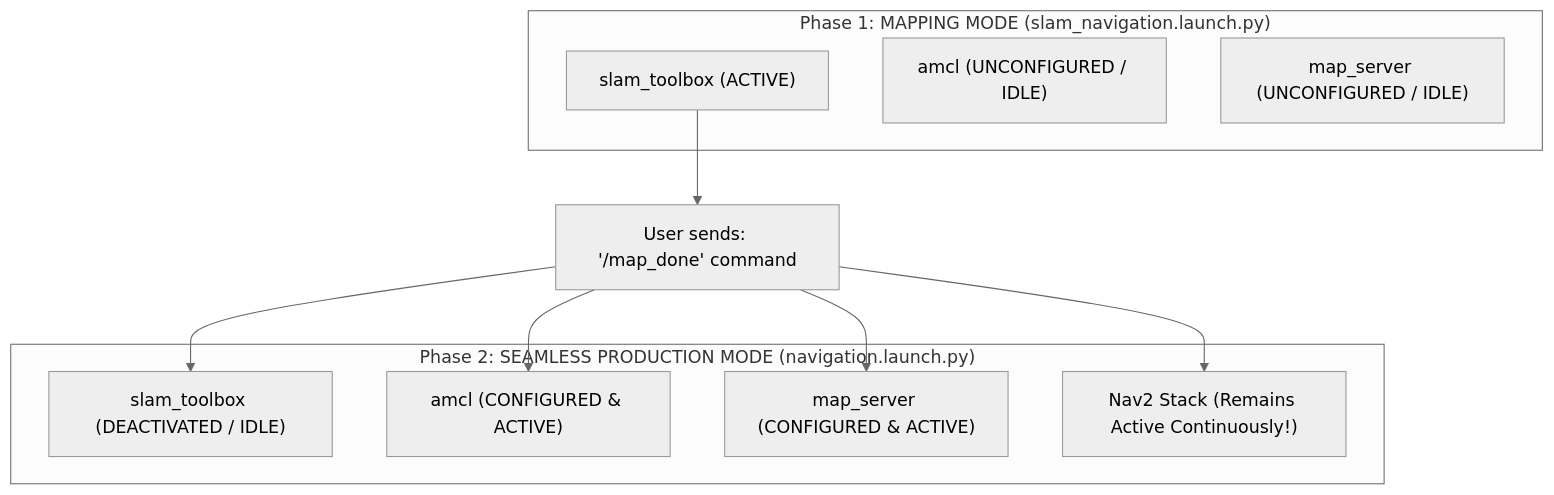
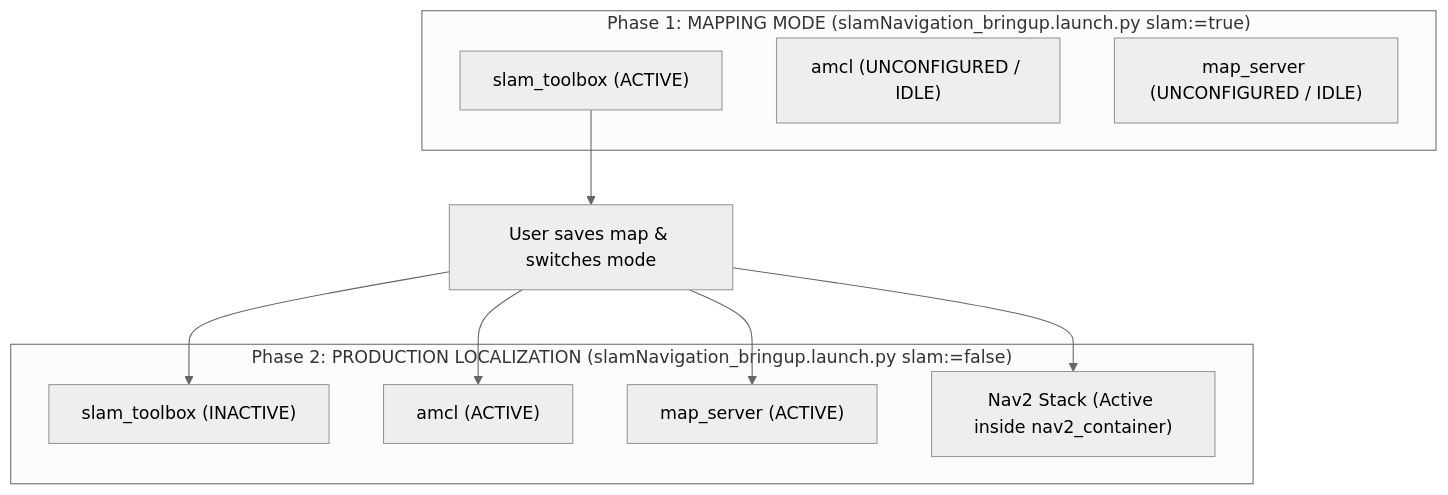
Before and after one commit to CoreBotics-Lab/nav2-slam-lab: the third of 3 diagrams in docs/03_online_slam_nav2.md, drawn with Mermaid (neutral theme). The commit also changed other lines of this file and 4 other files, not shown here.

First line of the commit message:
docs: add comprehensive launch file architecture guide and update chapters

````diff
--- a/docs/03_online_slam_nav2.md
+++ b/docs/03_online_slam_nav2.md
@@ -257,23 +270,23 @@
 ```mermaid
 graph TD
-    subgraph "Phase 1: MAPPING MODE (slam_navigation.launch.py)"
+    subgraph "Phase 1: MAPPING MODE (slamNavigation_bringup.launch.py slam:=true)"
         SLAM_A["slam_toolbox (ACTIVE)"]
         AMCL_U["amcl (UNCONFIGURED / IDLE)"]
         MAP_U["map_server (UNCONFIGURED / IDLE)"]
     end
 
-    TRIGGER["User sends: '/map_done' command"]
+    TRIGGER["User saves map & switches mode"]
 
-    subgraph "Phase 2: SEAMLESS PRODUCTION MODE (navigation.launch.py)"
-        SLAM_U["slam_toolbox (DEACTIVATED / IDLE)"]
-        AMCL_A["amcl (CONFIGURED & ACTIVE)"]
-        MAP_A["map_server (CONFIGURED & ACTIVE)"]
-        NAV["Nav2 Stack (Remains Active Continuously!)"]
+    subgraph "Phase 2: PRODUCTION LOCALIZATION (slamNavigation_bringup.launch.py slam:=false)"
+        SLAM_U["slam_toolbox (INACTIVE)"]
+        AMCL_A["amcl (ACTIVE)"]
+        MAP_A["map_server (ACTIVE)"]
+        NAV["Nav2 Stack (Active inside nav2_container)"]
     end
 
     SLAM_A --> TRIGGER
     TRIGGER --> SLAM_U
     TRIGGER --> AMCL_A
     TRIGGER --> MAP_A
     TRIGGER --> NAV
 ```
````
